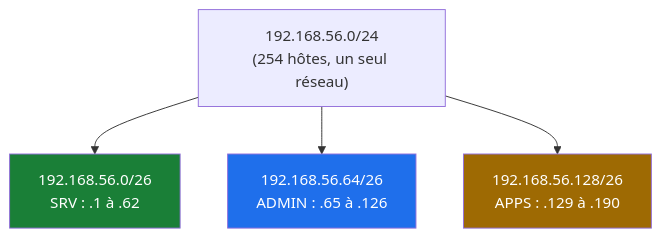
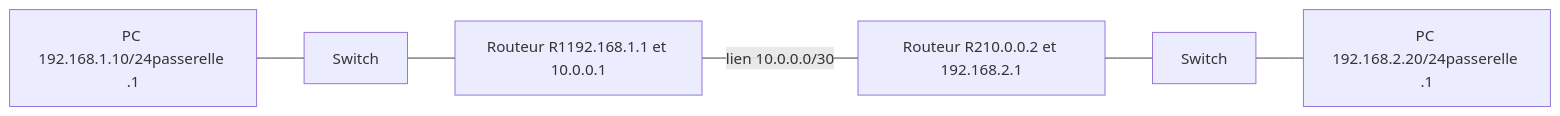
The fifth of 16 diagrams in reseaux/cours-reseaux.md (efoures/docs-cours), drawn with Mermaid before and after one commit. The commit also changed other lines of this file, not shown here.

````diff
--- a/reseaux/cours-reseaux.md
+++ b/reseaux/cours-reseaux.md
@@ -470,9 +448,8 @@
 ```mermaid
-flowchart TB
-    B["192.168.56.0/24<br/>(254 hôtes, un seul réseau)"] --> C1["192.168.56.0/26<br/>SRV : .1 à .62"]
-    B --> C2["192.168.56.64/26<br/>ADMIN : .65 à .126"]
-    B --> C3["192.168.56.128/26<br/>APPS : .129 à .190"]
-    style C1 fill:#1a7f37,color:#fff
-    style C2 fill:#1f6feb,color:#fff
-    style C3 fill:#9e6a03,color:#fff
+flowchart LR
+  PC1["PC 192.168.1.10/24passerelle .1"] --- SW1["Switch"]
+  SW1 --- R1["Routeur R1192.168.1.1 et 10.0.0.1"]
+  R1 ---|"lien 10.0.0.0/30"| R2["Routeur R210.0.0.2 et 192.168.2.1"]
+  R2 --- SW2["Switch"]
+  SW2 --- PC2["PC 192.168.2.20/24passerelle .1"]
 ```
````
